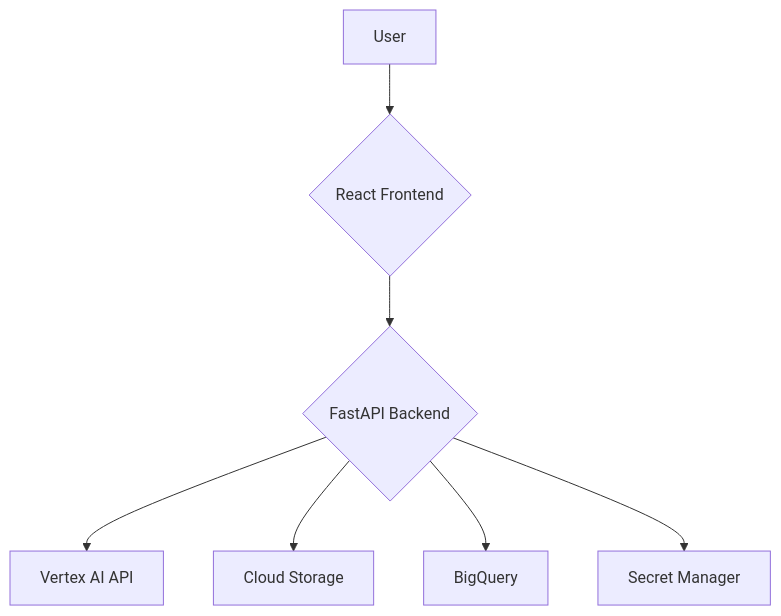
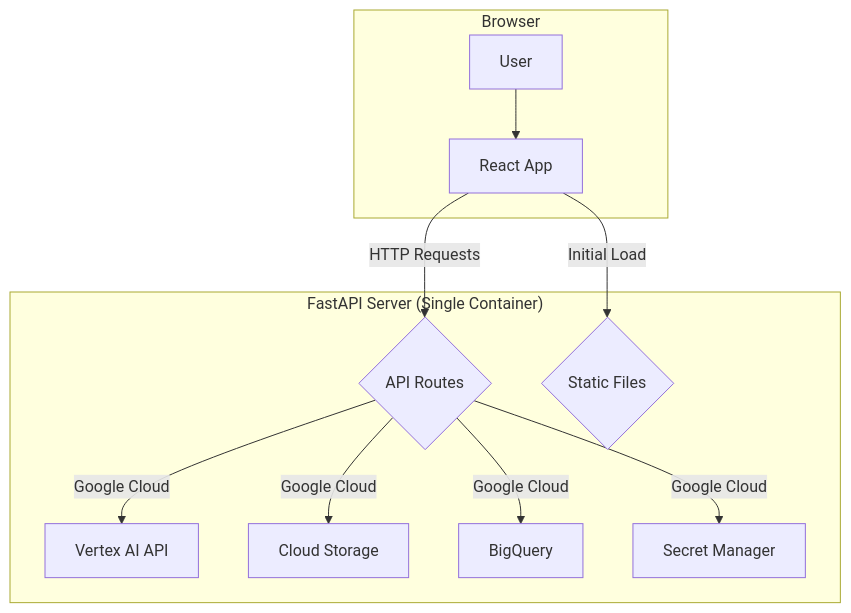
One commit to vincentarthur/VeoSpark changed the diagram in README.md. Above: the diagram before and after it, drawn with Mermaid. The commit also changed other lines of this file and 6 other files, not shown here.

Commit message:
Refactor frontend and backend logic

````diff
--- a/README.md
+++ b/README.md
@@ -52,9 +53,15 @@
 ```mermaid
 graph TD
-    A[User] --> B{React Frontend};
-    B --> C{FastAPI Backend};
-    C --> D[Vertex AI API];
-    C --> E[Cloud Storage];
-    C --> F[BigQuery];
-    C --> G[Secret Manager];
+    subgraph "Browser"
+        A[User] --> B[React App]
+    end
+
+    subgraph "FastAPI Server (Single Container)"
+        B -- "HTTP Requests" --> C{API Routes}
+        B -- "Initial Load" --> D{Static Files}
+        C -- "Google Cloud" --> E[Vertex AI API]
+        C -- "Google Cloud" --> F[Cloud Storage]
+        C -- "Google Cloud" --> G[BigQuery]
+        C -- "Google Cloud" --> H[Secret Manager]
+    end
 ```
````
